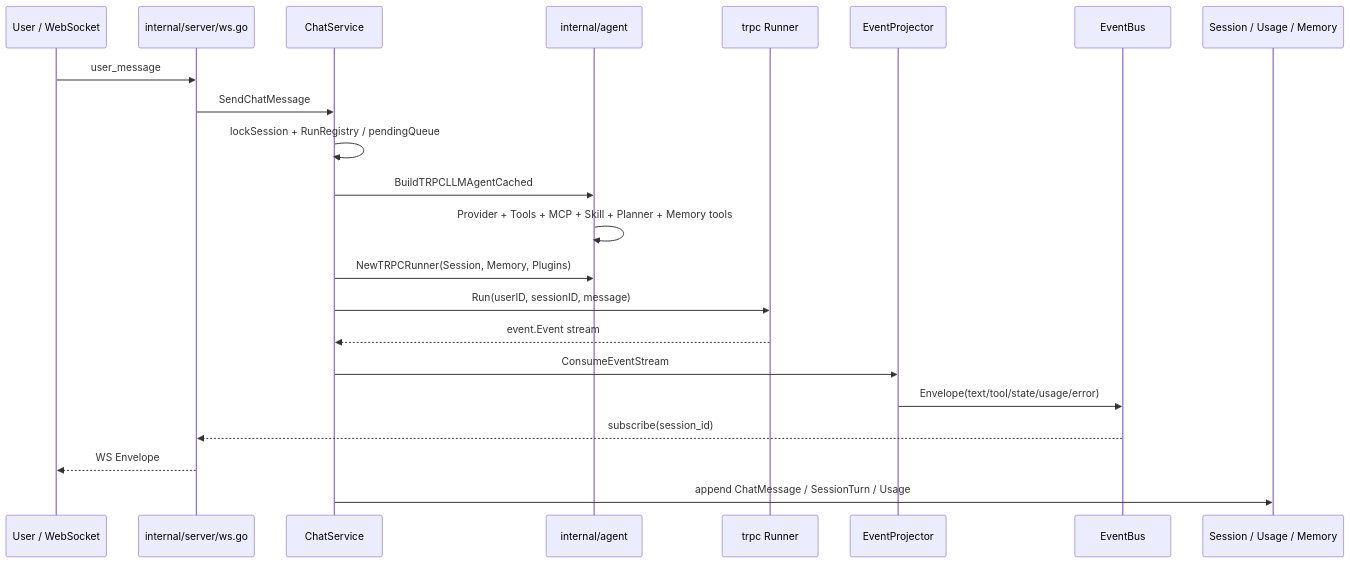
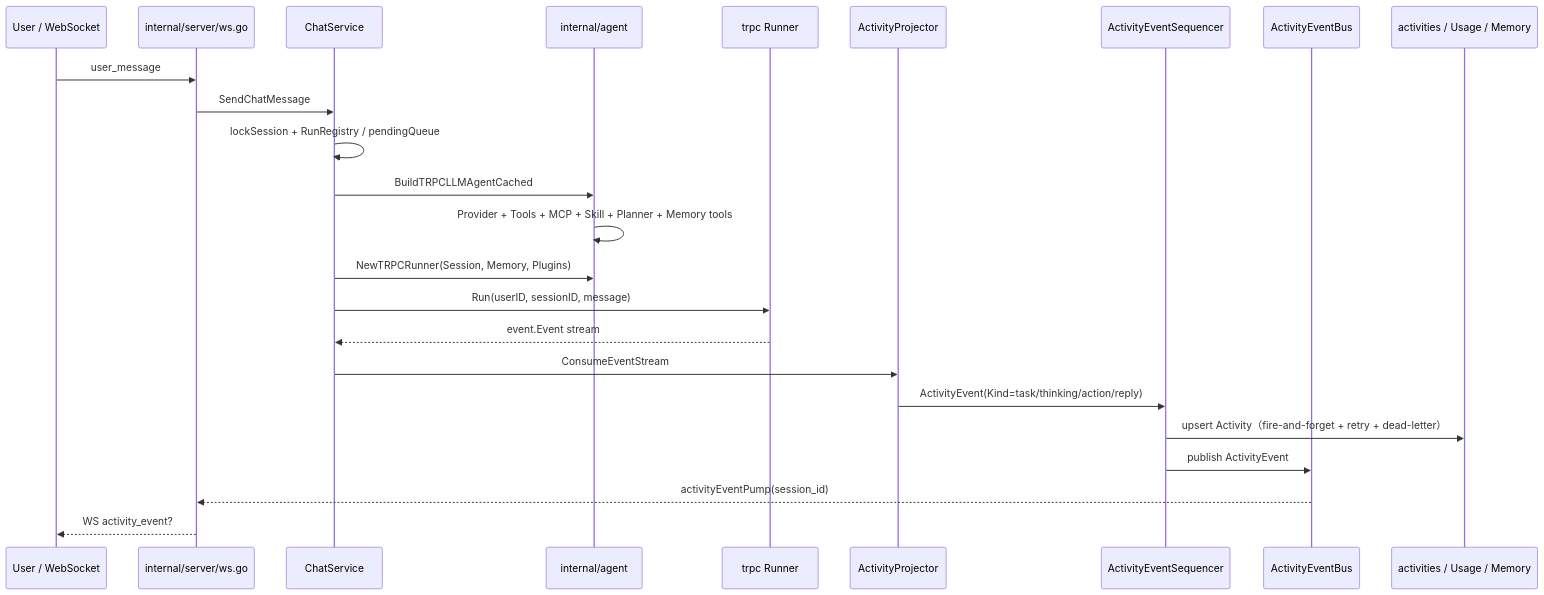
The second of 8 diagrams in docs/development/0-system-diagram.md (AmarsDing/aranea-agents), drawn with Mermaid before and after one commit. The commit also changed other lines of this file and 51 other files, not shown here.

````diff
--- a/docs/development/0-system-diagram.md
+++ b/docs/development/0-system-diagram.md
@@ -138,25 +140,27 @@
 ```mermaid
 sequenceDiagram
   participant U as User / WebSocket
   participant WS as internal/server/ws.go
   participant CS as ChatService
   participant AG as internal/agent
   participant R as trpc Runner
-  participant EP as EventProjector
-  participant EB as EventBus
-  participant DB as Session / Usage / Memory
+  participant AP as ActivityProjector
+  participant AES as ActivityEventSequencer
+  participant AEB as ActivityEventBus
+  participant DB as activities / Usage / Memory
 
   U->>WS: user_message
   WS->>CS: SendChatMessage
   CS->>CS: lockSession + RunRegistry / pendingQueue
   CS->>AG: BuildTRPCLLMAgentCached
   AG->>AG: Provider + Tools + MCP + Skill + Planner + Memory tools
   CS->>AG: NewTRPCRunner(Session, Memory, Plugins)
   CS->>R: Run(userID, sessionID, message)
   R-->>CS: event.Event stream
-  CS->>EP: ConsumeEventStream
-  EP->>EB: Envelope(text/tool/state/usage/error)
-  EB-->>WS: subscribe(session_id)
-  WS-->>U: WS Envelope
-  CS->>DB: append ChatMessage / SessionTurn / Usage
+  CS->>AP: ConsumeEventStream
+  AP->>AES: ActivityEvent(Kind=task/thinking/action/reply)
+  AES->>DB: upsert Activity（fire-and-forget + retry + dead-letter）
+  AES->>AEB: publish ActivityEvent
+  AEB-->>WS: activityEventPump(session_id)
+  WS-->>U: WS activity_event?
 ```
````
